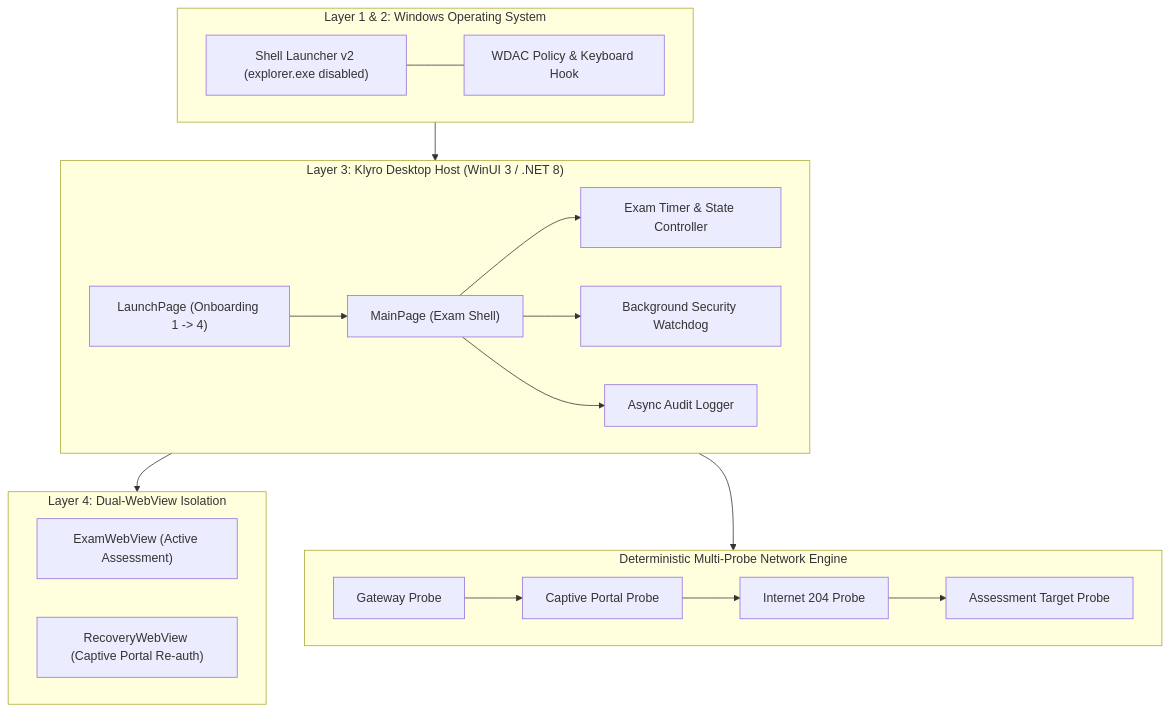
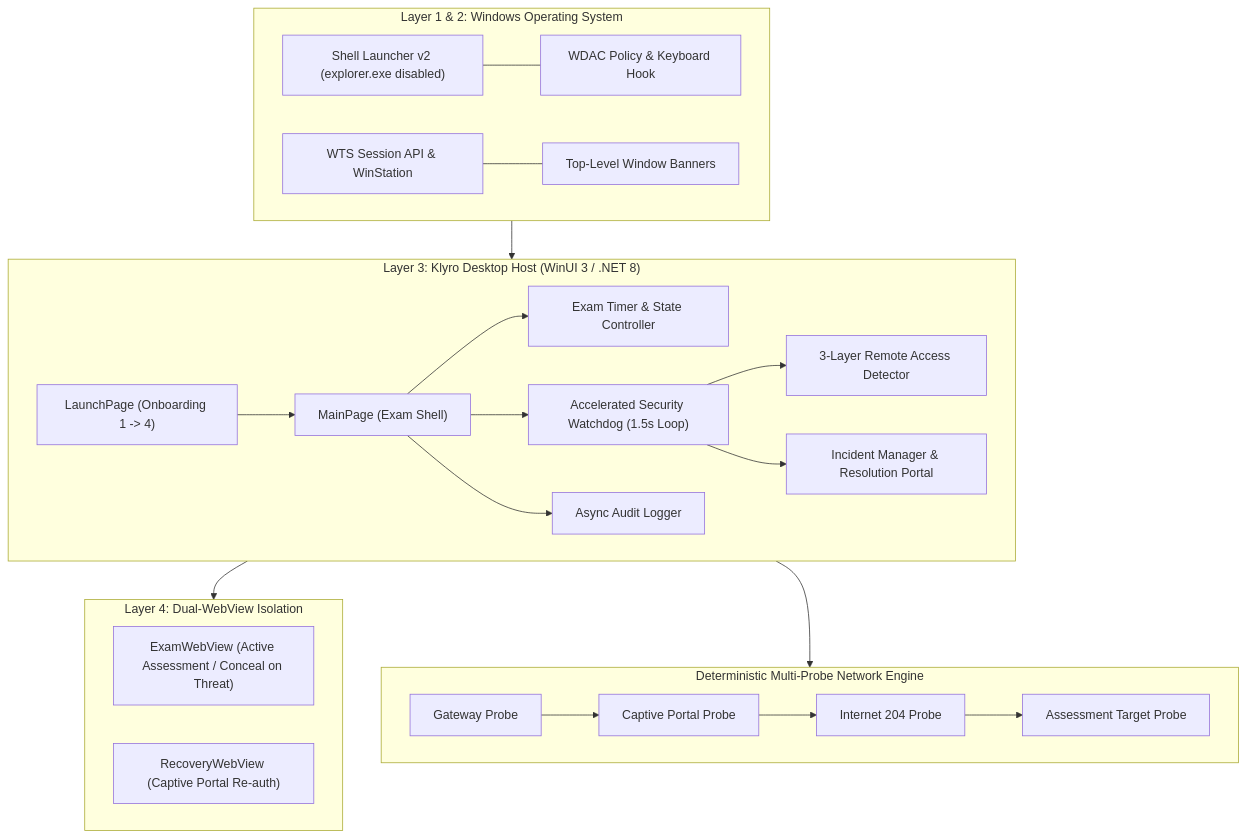
Before and after one commit to Venkatasai6789/Klyro: the diagram in README.md, drawn with Mermaid. The commit also changed other lines of this file and 36 other files, not shown here.

````diff
--- a/README.md
+++ b/README.md
@@ -174,28 +183,31 @@
 ```mermaid
 flowchart TD
     subgraph OS_Layer ["Layer 1 & 2: Windows Operating System"]
         A["Shell Launcher v2 (explorer.exe disabled)"] --- B["WDAC Policy & Keyboard Hook"]
+        WTS["WTS Session API & WinStation"] --- WIN["Top-Level Window Banners"]
     end
 
     subgraph Host_Layer ["Layer 3: Klyro Desktop Host (WinUI 3 / .NET 8)"]
         C["LaunchPage (Onboarding 1 -> 4)"] --> D["MainPage (Exam Shell)"]
         D --> E["Exam Timer & State Controller"]
-        D --> F["Background Security Watchdog"]
+        D --> F["Accelerated Security Watchdog (1.5s Loop)"]
+        F --> DET["3-Layer Remote Access Detector"]
+        F --> INC["Incident Manager & Resolution Portal"]
         D --> G["Async Audit Logger"]
     end
 
     subgraph Browser_Layer ["Layer 4: Dual-WebView Isolation"]
-        H["ExamWebView (Active Assessment)"]
+        H["ExamWebView (Active Assessment / Conceal on Threat)"]
         I["RecoveryWebView (Captive Portal Re-auth)"]
     end
 
     subgraph Network_Engine ["Deterministic Multi-Probe Network Engine"]
         J["Gateway Probe"] --> K["Captive Portal Probe"]
         K --> L["Internet 204 Probe"]
         L --> M["Assessment Target Probe"]
     end
 
     OS_Layer --> Host_Layer
     Host_Layer --> Browser_Layer
     Host_Layer --> Network_Engine
 ```
````
